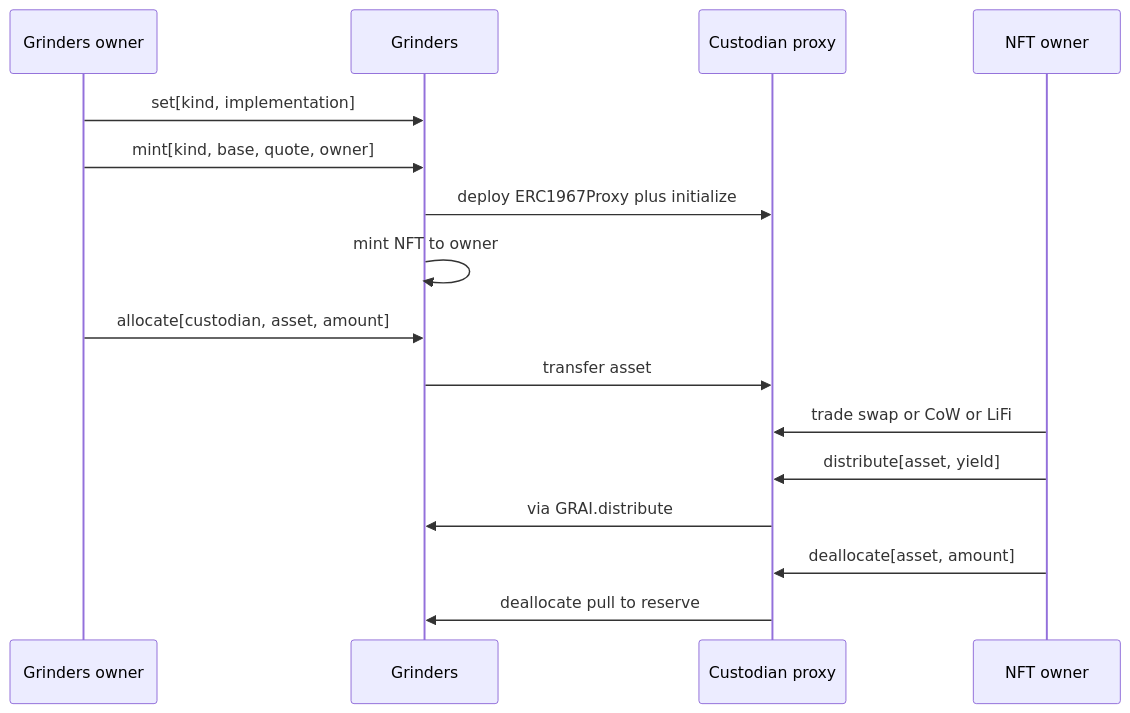
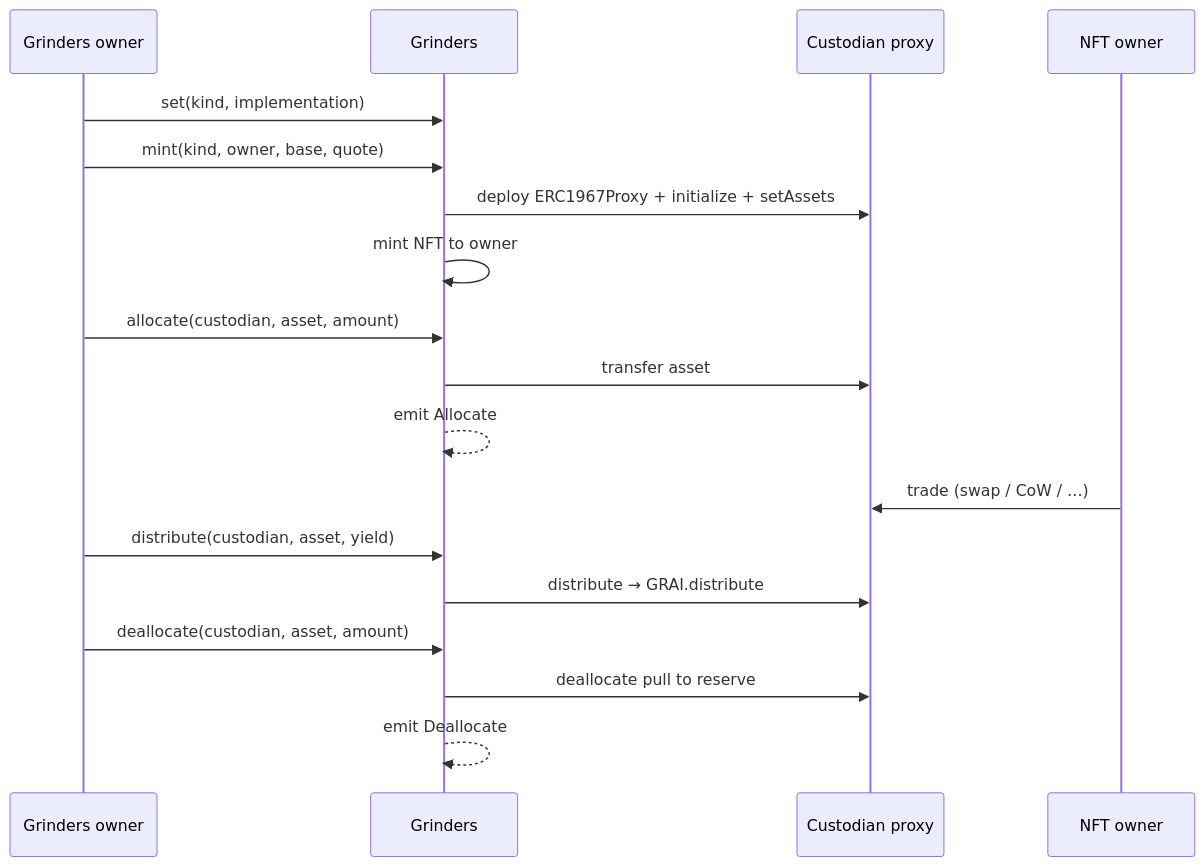
The diagram in docs/GRINDERS.md (grindurus/grindurus-evm), drawn with Mermaid before and after one commit. The commit also changed other lines of this file, not shown here.

````diff
--- a/docs/GRINDERS.md
+++ b/docs/GRINDERS.md
@@ -99,19 +110,21 @@
 ```mermaid
 sequenceDiagram
     participant O as Grinders owner
     participant G as Grinders
     participant C as Custodian proxy
     participant N as NFT owner
 
-    O->>G: set[kind, implementation]
-    O->>G: mint[kind, base, quote, owner]
-    G->>C: deploy ERC1967Proxy plus initialize
+    O->>G: set(kind, implementation)
+    O->>G: mint(kind, owner, base, quote)
+    G->>C: deploy ERC1967Proxy + initialize + setAssets
     G->>G: mint NFT to owner
-    O->>G: allocate[custodian, asset, amount]
+    O->>G: allocate(custodian, asset, amount)
     G->>C: transfer asset
-    N->>C: trade swap or CoW or LiFi
-    N->>C: distribute[asset, yield]
-    C->>G: via GRAI.distribute
-    N->>C: deallocate[asset, amount]
-    C->>G: deallocate pull to reserve
+    G-->>G: emit Allocate
+    N->>C: trade (swap / CoW / …)
+    O->>G: distribute(custodian, asset, yield)
+    G->>C: distribute → GRAI.distribute
+    O->>G: deallocate(custodian, asset, amount)
+    G->>C: deallocate pull to reserve
+    G-->>G: emit Deallocate
 ```
````
